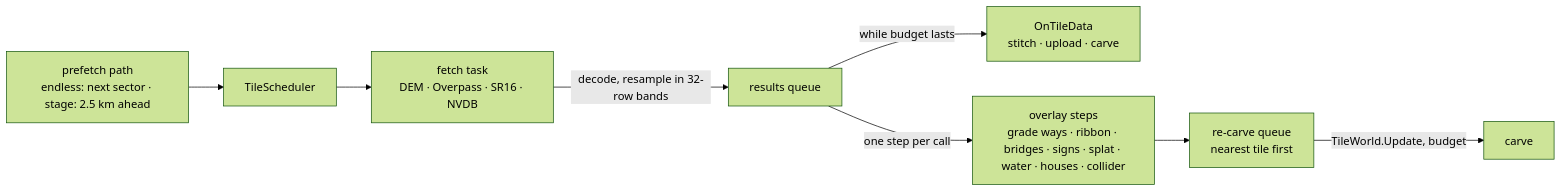
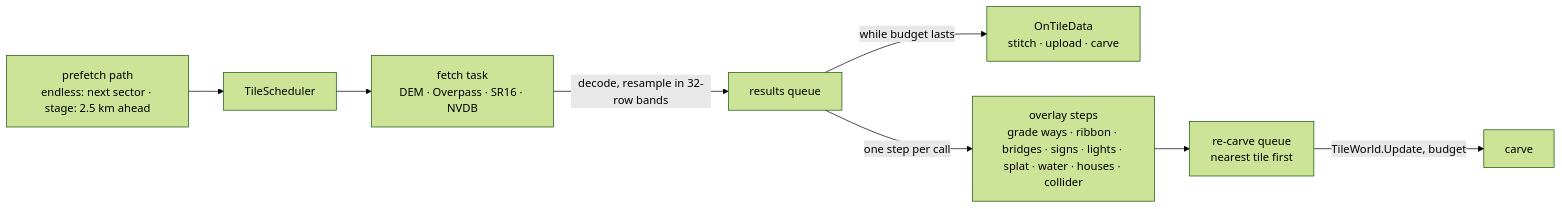
Before and after one commit to FlipTMoan/norwayralley: the sixth of 12 diagrams in ARCHITECTURE.md, drawn with Mermaid (forest theme). The commit also changed other lines of this file and 30 other files, not shown here.

````diff
--- a/ARCHITECTURE.md
+++ b/ARCHITECTURE.md
@@ -224,10 +224,10 @@
 ```mermaid
 flowchart LR
   F[fetch task<br/>DEM · Overpass · SR16 · NVDB] -->|decode, resample in 32-row bands| Q[results queue]
   Q -->|while budget lasts| D[OnTileData<br/>stitch · upload · carve]
-  Q -->|one step per call| O[overlay steps<br/>grade ways · ribbon · bridges · signs · splat · water · houses · collider]
+  Q -->|one step per call| O[overlay steps<br/>grade ways · ribbon · bridges · signs · lights · splat · water · houses · collider]
   O --> RQ[re-carve queue<br/>nearest tile first]
   RQ -->|TileWorld.Update, budget| C[carve]
   P[prefetch path<br/>endless: next sector · stage: 2.5 km ahead] --> S[TileScheduler]
   S --> F
 ```
````
